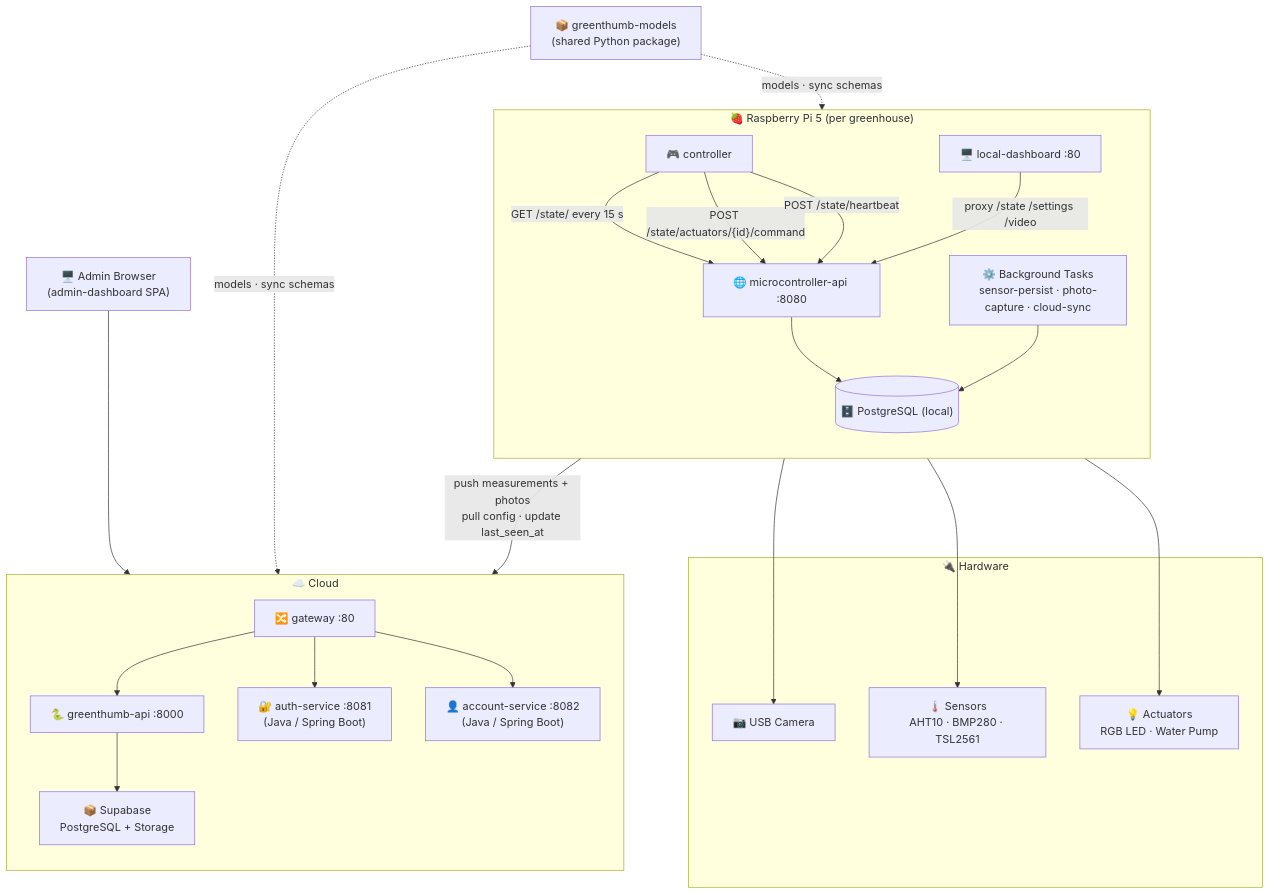
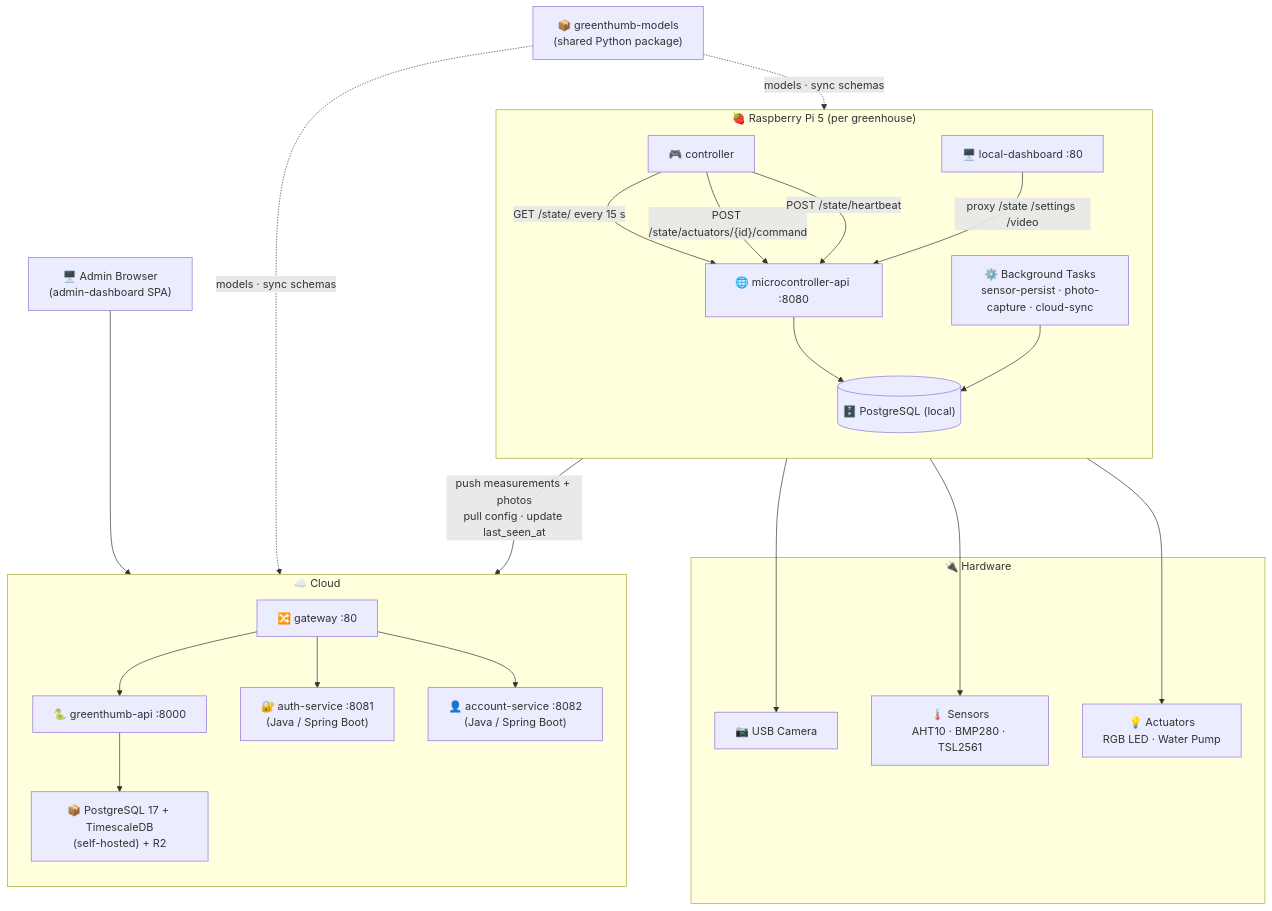
The first of 3 diagrams in docs/architecture/overview.md (GreenThumbProject/docs), drawn with Mermaid before and after one commit. The commit also changed other lines of this file and 15 other files, not shown here.

````diff
--- a/docs/architecture/overview.md
+++ b/docs/architecture/overview.md
@@ -7,60 +7,60 @@
 ```mermaid
 flowchart TB
     subgraph PI["🍓 Raspberry Pi 5 (per greenhouse)"]
         direction TB
         CTRL["🎮 controller"]
         API["🌐 microcontroller-api :8080"]
         PIDB[("🗄️ PostgreSQL (local)")]
         BG["⚙️ Background Tasks\nsensor-persist · photo-capture · cloud-sync"]
         DASH["🖥️ local-dashboard :80"]
     end
 
     subgraph HW["🔌 Hardware"]
         CAM["📷 USB Camera"]
         SENSORS["🌡️ Sensors\nAHT10 · BMP280 · TSL2561"]
         ACTUATORS["💡 Actuators\nRGB LED · Water Pump"]
     end
 
     subgraph CLOUD["☁️ Cloud"]
         direction TB
         GW["🔀 gateway :80"]
         FASTAPI["🐍 greenthumb-api :8000"]
         AUTH["🔐 auth-service :8081\n(Java / Spring Boot)"]
         ACCT["👤 account-service :8082\n(Java / Spring Boot)"]
-        SUPA["📦 Supabase\nPostgreSQL + Storage"]
+        SUPA["📦 PostgreSQL 17 + TimescaleDB\n(self-hosted) + R2"]
     end
 
     BROWSER["🖥️ Admin Browser\n(admin-dashboard SPA)"]
     MODELS["📦 greenthumb-models\n(shared Python package)"]
 
     %% Controller ↔ API
     CTRL -->|"GET /state/ every 15 s"| API
     CTRL -->|"POST /state/actuators/{id}/command"| API
     CTRL -->|"POST /state/heartbeat"| API
 
     %% API ↔ Hardware
     API --> CAM
     API --> SENSORS
     API --> ACTUATORS
 
     %% API ↔ local DB
     API --> PIDB
     BG --> PIDB
 
     %% Dashboard ↔ API
     DASH -->|"proxy /state /settings /video"| API
 
     %% Pi ↔ Cloud
     BG -->|"push measurements + photos\npull config · update last_seen_at"| GW
     GW --> FASTAPI
     GW --> AUTH
     GW --> ACCT
     FASTAPI --> SUPA
 
     %% Admin browser ↔ Gateway
     BROWSER --> GW
 
     %% Shared library
     MODELS -.->|"models · sync schemas"| API
     MODELS -.->|"models · sync schemas"| FASTAPI
 ```
````
